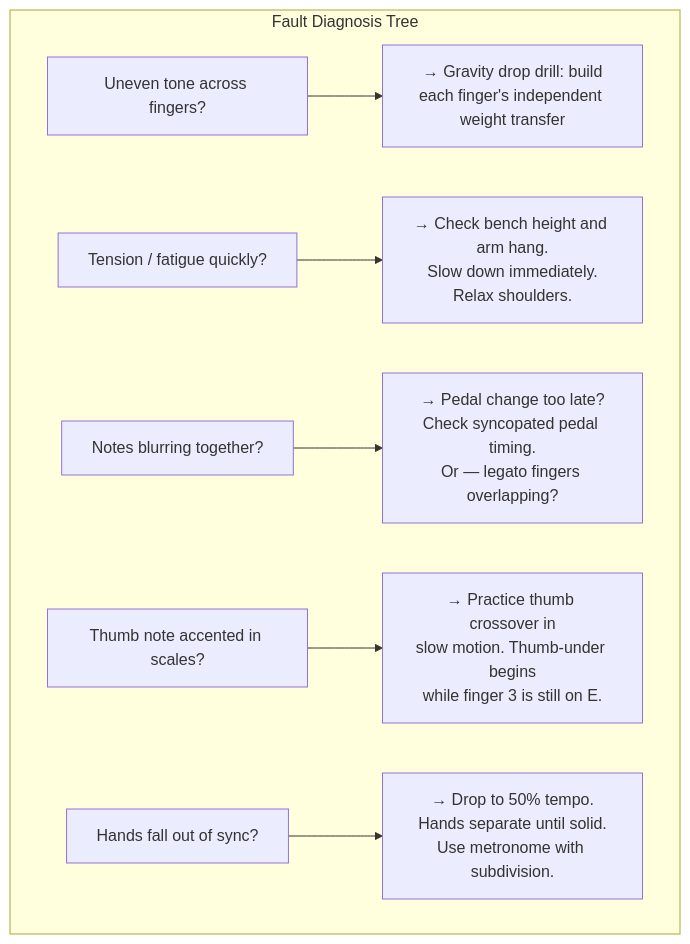
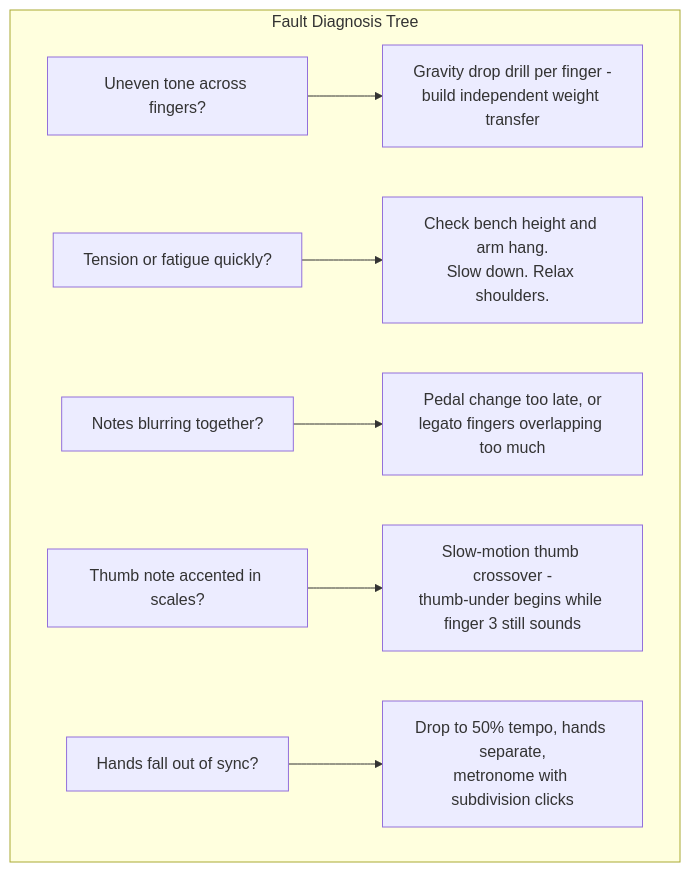
Before and after one commit to blebleblee/synapse: the sixth of 6 diagrams in topics/arts/music_performance/piano/labs.md, drawn with Mermaid. The commit also changed other lines of this file and 4 other files, not shown here.

````diff
--- a/topics/arts/music_performance/piano/labs.md
+++ b/topics/arts/music_performance/piano/labs.md
@@ -621,22 +548,22 @@
 ```mermaid
 graph TD
     subgraph sub_fault ["Fault Diagnosis Tree"]
         Q1["Uneven tone across fingers?"]
-        Q2["Tension / fatigue quickly?"]
+        Q2["Tension or fatigue quickly?"]
         Q3["Notes blurring together?"]
         Q4["Thumb note accented in scales?"]
         Q5["Hands fall out of sync?"]
 
-        A1["→ Gravity drop drill: build\neach finger's independent weight transfer"]
-        A2["→ Check bench height and arm hang.\nSlow down immediately.\nRelax shoulders."]
-        A3["→ Pedal change too late?\nCheck syncopated pedal timing.\nOr — legato fingers overlapping?"]
-        A4["→ Practice thumb crossover in\nslow motion. Thumb-under begins\nwhile finger 3 is still on E."]
-        A5["→ Drop to 50% tempo.\nHands separate until solid.\nUse metronome with subdivision."]
+        A1["Gravity drop drill per finger -<br/>build independent weight transfer"]
+        A2["Check bench height and arm hang.<br/>Slow down. Relax shoulders."]
+        A3["Pedal change too late, or<br/>legato fingers overlapping too much"]
+        A4["Slow-motion thumb crossover -<br/>thumb-under begins while finger 3 still sounds"]
+        A5["Drop to 50% tempo, hands separate,<br/>metronome with subdivision clicks"]
     end
 
     Q1 --> A1
     Q2 --> A2
     Q3 --> A3
     Q4 --> A4
     Q5 --> A5
 ```
````
